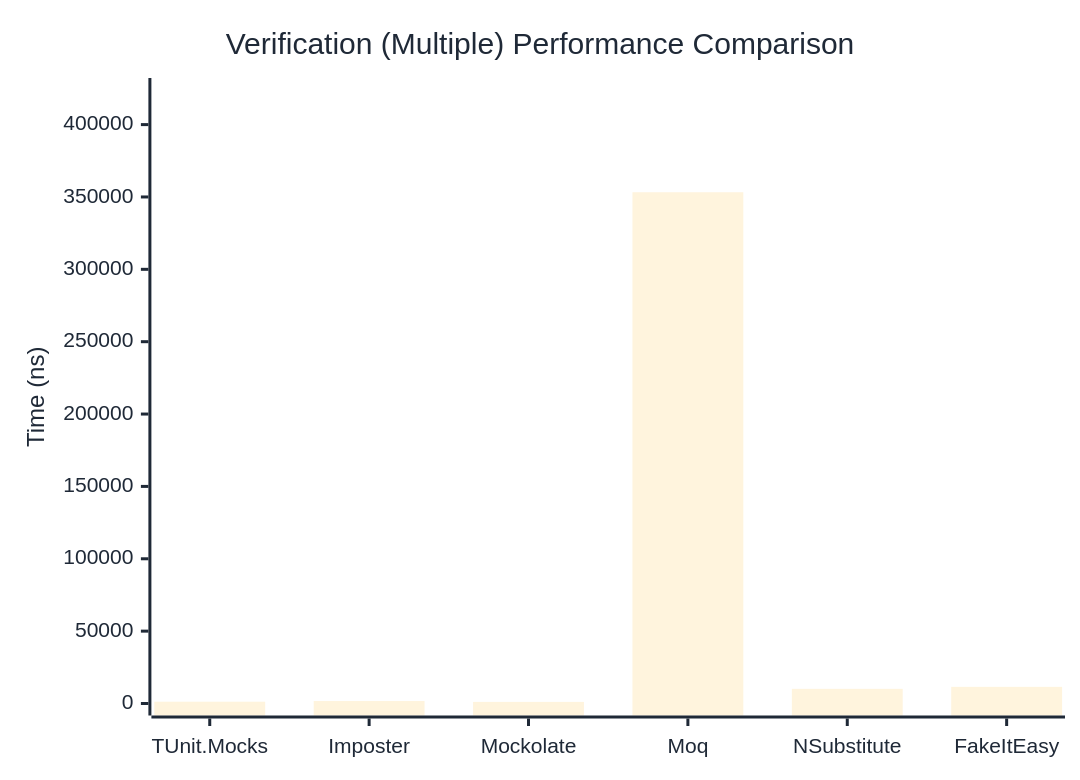
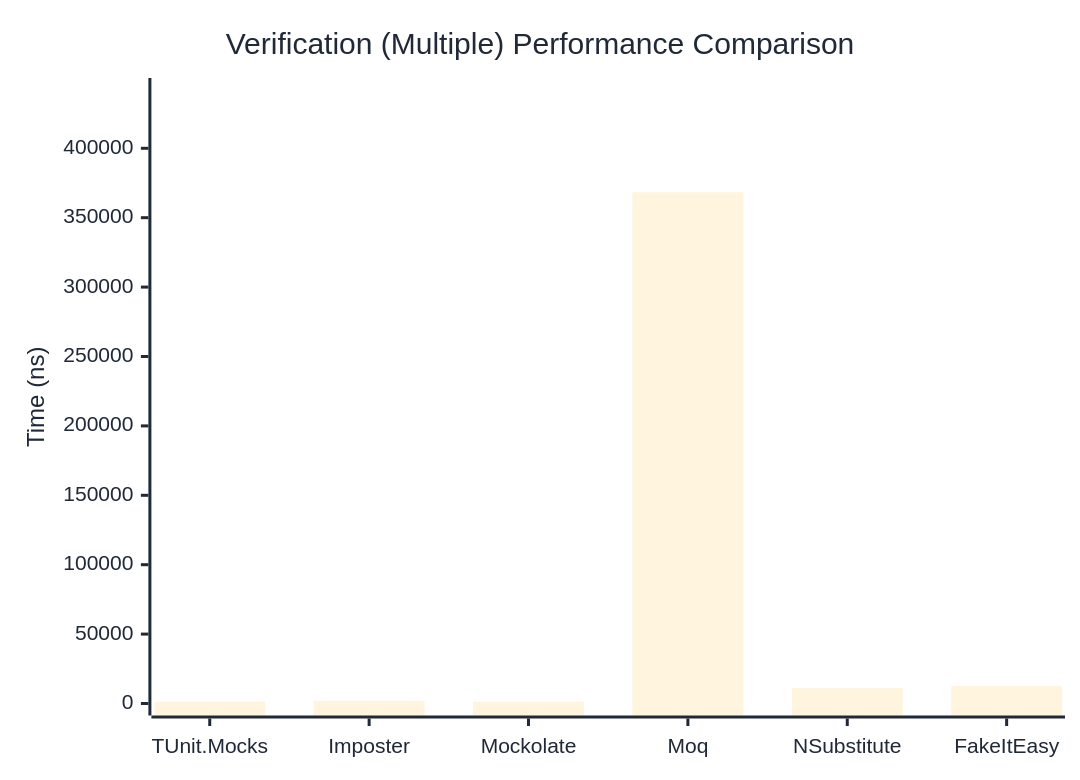
One commit to thomhurst/TUnit changed the third of 3 diagrams in docs/docs/benchmarks/mocks/Verification.md. Above: the diagram before and after it, drawn with Mermaid. The commit also changed other lines of this file and 14 other files, not shown here.

````diff
--- a/docs/docs/benchmarks/mocks/Verification.md
+++ b/docs/docs/benchmarks/mocks/Verification.md
@@ -110,27 +110,27 @@
 ```mermaid
 %%{init: {
   'theme':'base',
   'themeVariables': {
     'primaryColor': '#2563eb',
     'primaryTextColor': '#1f2937',
     'primaryBorderColor': '#1e40af',
     'lineColor': '#6b7280',
     'secondaryColor': '#7c3aed',
     'tertiaryColor': '#dc2626',
     'background': '#ffffff',
     'pie1': '#2563eb',
     'pie2': '#7c3aed',
     'pie3': '#dc2626',
     'pie4': '#f59e0b',
     'pie5': '#10b981',
     'pie6': '#06b6d4',
     'pie7': '#ec4899',
     'pie8': '#6366f1'
   }
 }}%%
 xychart-beta
   title "Verification (Multiple) Performance Comparison"
   x-axis ["TUnit.Mocks", "Imposter", "Mockolate", "Moq", "NSubstitute", "FakeItEasy"]
-  y-axis "Time (ns)" 0 --> 423909
-  bar [1244.22, 1692.92, 1095.87, 353257.44, 10131.48, 11509.26]
+  y-axis "Time (ns)" 0 --> 441999
+  bar [1324.59, 1914.04, 1284, 368332.11, 11049.85, 12550.44]
 ```
````
